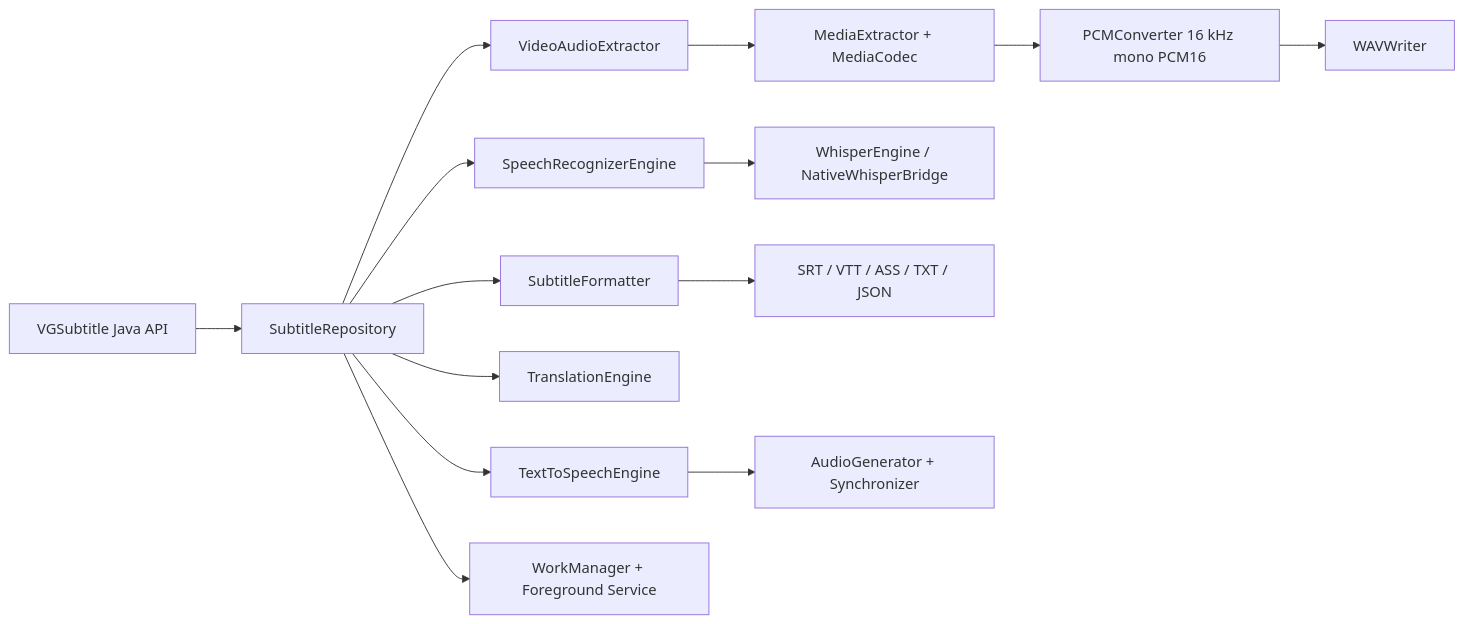
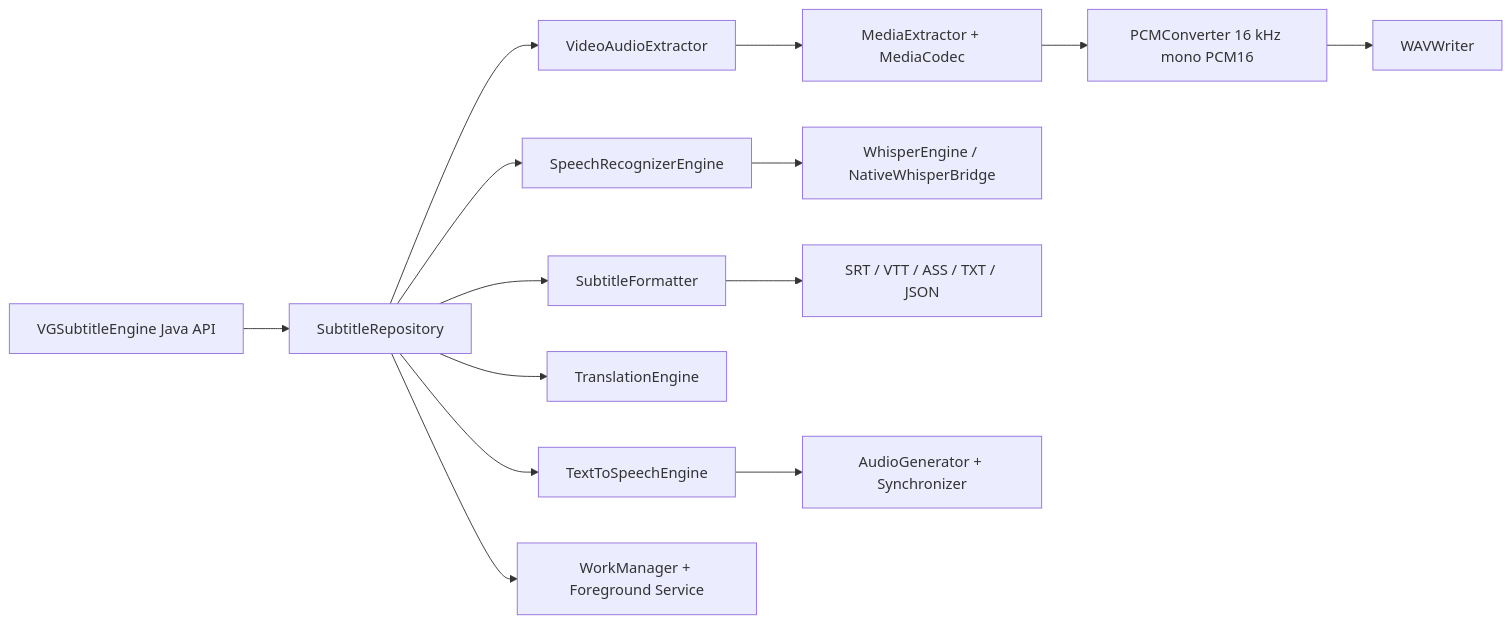
One commit to VikasG89/VG-Subtitle changed the diagram in docs/ARCHITECTURE.md. Above: the diagram before and after it, drawn with Mermaid. The commit also changed other lines of this file and 23 other files, not shown here.

Commit message:
Cleanup unused files, stubs, and redundant JNI bridges; update documentation to use VGSubtitleEngine

````diff
--- a/docs/ARCHITECTURE.md
+++ b/docs/ARCHITECTURE.md
@@ -3,16 +3,16 @@
 ```mermaid
 flowchart LR
-    API["VGSubtitle Java API"] --> Repo["SubtitleRepository"]
+    API["VGSubtitleEngine Java API"] --> Repo["SubtitleRepository"]
     Repo --> Extract["VideoAudioExtractor"]
     Extract --> Decode["MediaExtractor + MediaCodec"]
     Decode --> PCM["PCMConverter 16 kHz mono PCM16"]
     PCM --> WAV["WAVWriter"]
     Repo --> ASR["SpeechRecognizerEngine"]
     ASR --> Whisper["WhisperEngine / NativeWhisperBridge"]
     Repo --> Format["SubtitleFormatter"]
     Format --> SRT["SRT / VTT / ASS / TXT / JSON"]
     Repo --> Translate["TranslationEngine"]
     Repo --> TTS["TextToSpeechEngine"]
     TTS --> Audio["AudioGenerator + Synchronizer"]
     Repo --> Worker["WorkManager + Foreground Service"]
 ```
````
